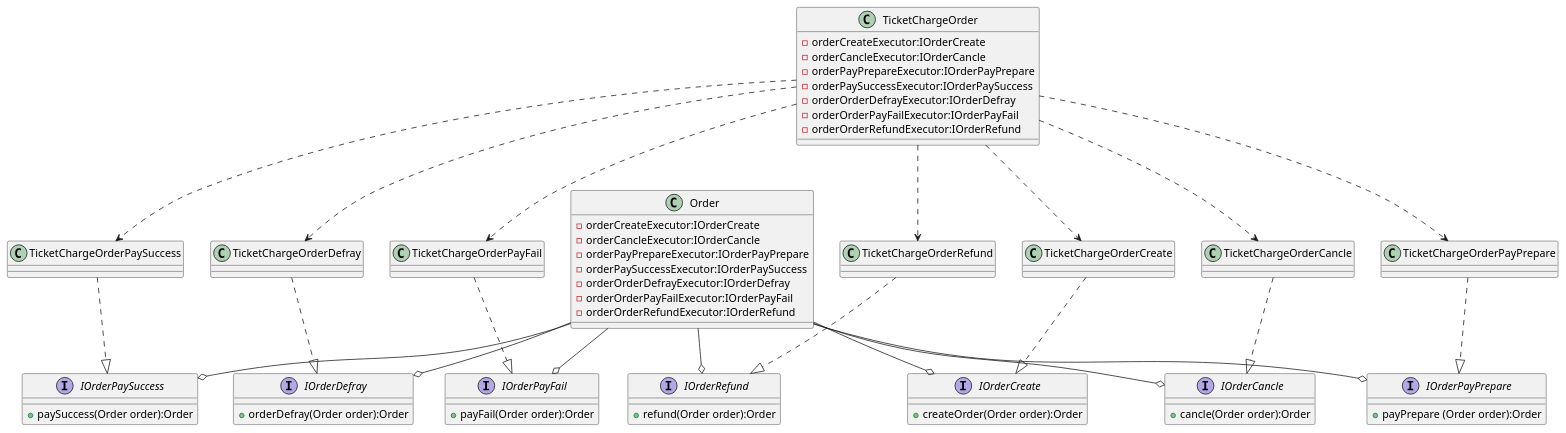
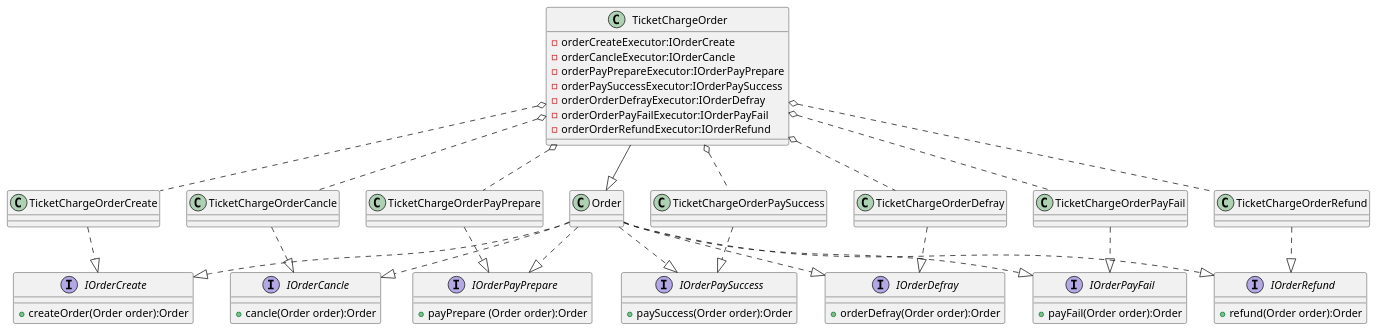
Before and after one commit to wr1ttenyu/f1nal: the diagram in design-pattern/src/main/java/wr1ttenyu/f1nal/study/designpattern/pattern23/strategy/order.puml, drawn with PlantUML. The commit also changed 7 other files, not shown here.

```diff
--- a/design-pattern/src/main/java/wr1ttenyu/f1nal/study/designpattern/pattern23/strategy/order.puml
+++ b/design-pattern/src/main/java/wr1ttenyu/f1nal/study/designpattern/pattern23/strategy/order.puml
@@ -1,70 +1,66 @@
 @startuml
 
 class Order
+
 interface IOrderCreate {
     +createOrder(Order order):Order
 }
 interface IOrderCancle {
     +cancle(Order order):Order
 }
 interface IOrderPayPrepare {
     +payPrepare (Order order):Order
 }
 interface IOrderPaySuccess {
     +paySuccess(Order order):Order
 }
 interface IOrderDefray {
     +orderDefray(Order order):Order
 }
 interface IOrderPayFail {
     +payFail(Order order):Order
 }
 interface IOrderRefund {
     +refund(Order order):Order
 }
 
-Order --o IOrderCreate
-Order --o IOrderCancle
-Order --o IOrderPayPrepare
-Order --o IOrderPaySuccess
-Order --o IOrderDefray
-Order --o IOrderPayFail
-Order --o IOrderRefund
+Order ..|> IOrderCreate
+Order ..|> IOrderCancle
+Order ..|> IOrderPayPrepare
+Order ..|> IOrderPaySuccess
+Order ..|> IOrderDefray
+Order ..|> IOrderPayFail
+Order ..|> IOrderRefund
+
+TicketChargeOrder --|> Order
 
 TicketChargeOrderCreate ..|> IOrderCreate
 TicketChargeOrderCancle ..|> IOrderCancle
 TicketChargeOrderPayPrepare ..|> IOrderPayPrepare
 TicketChargeOrderPaySuccess ..|> IOrderPaySuccess
 TicketChargeOrderDefray ..|> IOrderDefray
 TicketChargeOrderPayFail ..|> IOrderPayFail
 TicketChargeOrderRefund ..|> IOrderRefund
 
-TicketChargeOrder ..> TicketChargeOrderCreate
-TicketChargeOrder ..> TicketChargeOrderCancle
-TicketChargeOrder ..> TicketChargeOrderPayPrepare
-TicketChargeOrder ..> TicketChargeOrderPaySuccess
-TicketChargeOrder ..> TicketChargeOrderDefray
-TicketChargeOrder ..> TicketChargeOrderPayFail
-TicketChargeOrder ..> TicketChargeOrderRefund
+TicketChargeOrder o.. TicketChargeOrderCreate
+TicketChargeOrder o.. TicketChargeOrderCancle
+TicketChargeOrder o.. TicketChargeOrderPayPrepare
+TicketChargeOrder o.. TicketChargeOrderPaySuccess
+TicketChargeOrder o.. TicketChargeOrderDefray
+TicketChargeOrder o.. TicketChargeOrderPayFail
+TicketChargeOrder o.. TicketChargeOrderRefund
 
 class Order {
-    -orderCreateExecutor:IOrderCreate
-    -orderCancleExecutor:IOrderCancle
-    -orderPayPrepareExecutor:IOrderPayPrepare
-    -orderPaySuccessExecutor:IOrderPaySuccess
-    -orderOrderDefrayExecutor:IOrderDefray
-    -orderOrderPayFailExecutor:IOrderPayFail
-    -orderOrderRefundExecutor:IOrderRefund
 }
 
 class TicketChargeOrder {
     -orderCreateExecutor:IOrderCreate
     -orderCancleExecutor:IOrderCancle
     -orderPayPrepareExecutor:IOrderPayPrepare
     -orderPaySuccessExecutor:IOrderPaySuccess
     -orderOrderDefrayExecutor:IOrderDefray
     -orderOrderPayFailExecutor:IOrderPayFail
     -orderOrderRefundExecutor:IOrderRefund
 }
 
 @enduml
```
